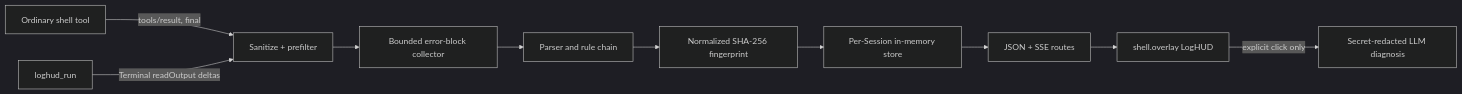
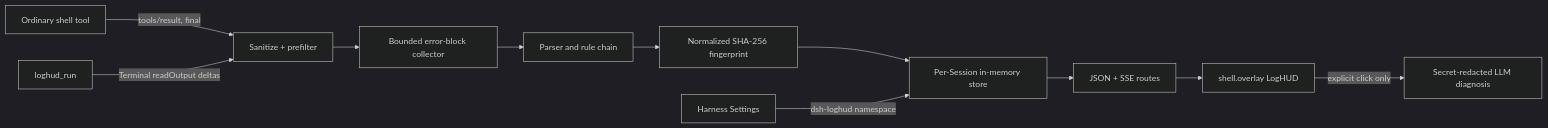
One commit to XuXcode/dsh-loghud changed the diagram in docs/architecture.md. Above: the diagram before and after it, drawn with Mermaid (dark theme). The commit also changed other lines of this file and 41 other files, not shown here.

````diff
--- a/docs/architecture.md
+++ b/docs/architecture.md
@@ -9,12 +9,13 @@
 ```mermaid
 flowchart LR
   A["Ordinary shell tool"] -->|"tools/result, final"| P["Sanitize + prefilter"]
   R["loghud_run"] -->|"Terminal readOutput deltas"| P
   P --> C["Bounded error-block collector"]
   C --> X["Parser and rule chain"]
   X --> F["Normalized SHA-256 fingerprint"]
   F --> S["Per-Session in-memory store"]
   S --> H["JSON + SSE routes"]
   H --> U["shell.overlay LogHUD"]
+  Q["Harness Settings"] -->|"dsh-loghud namespace"| S
   U -->|"explicit click only"| D["Secret-redacted LLM diagnosis"]
 ```
````
